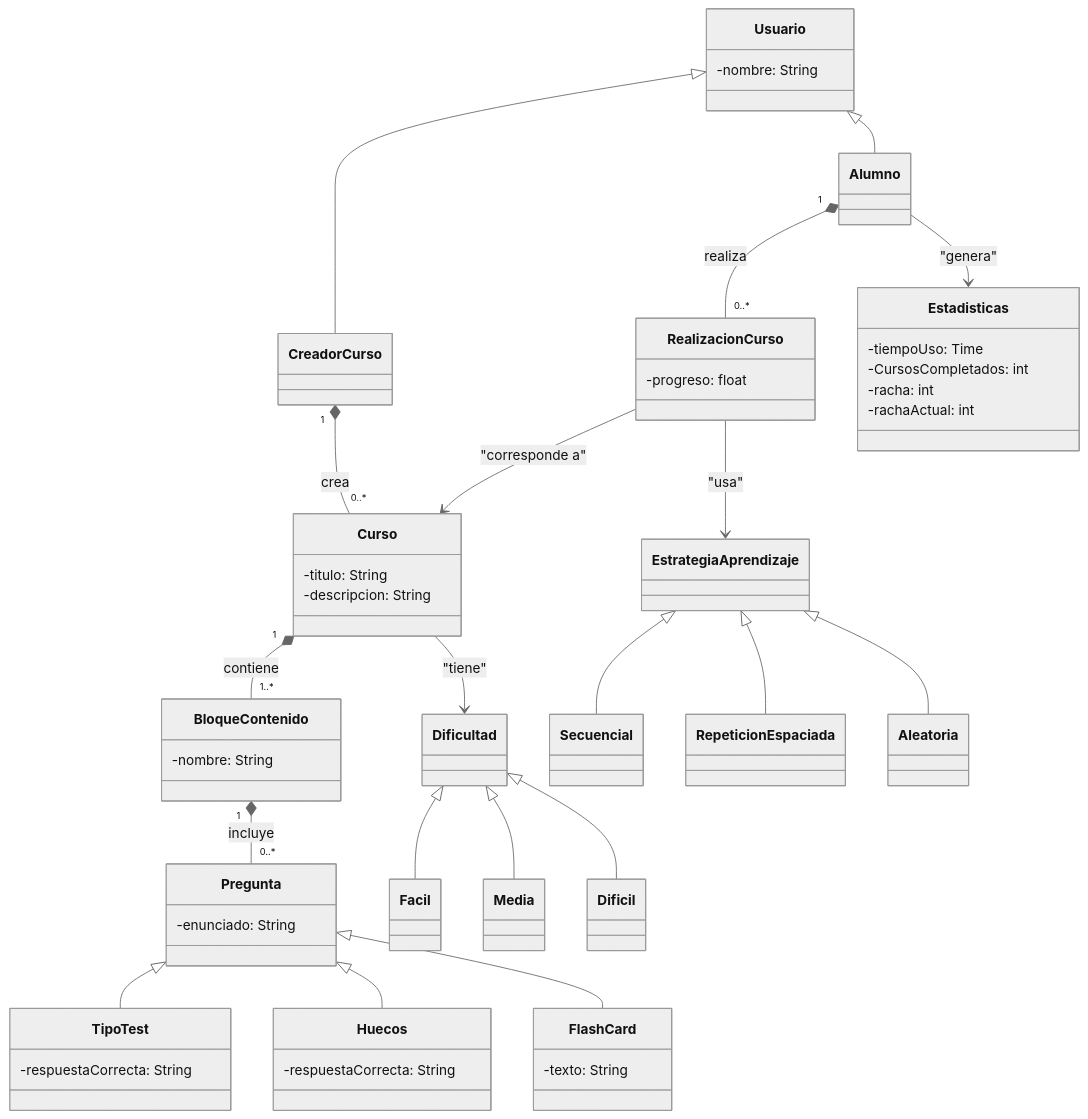
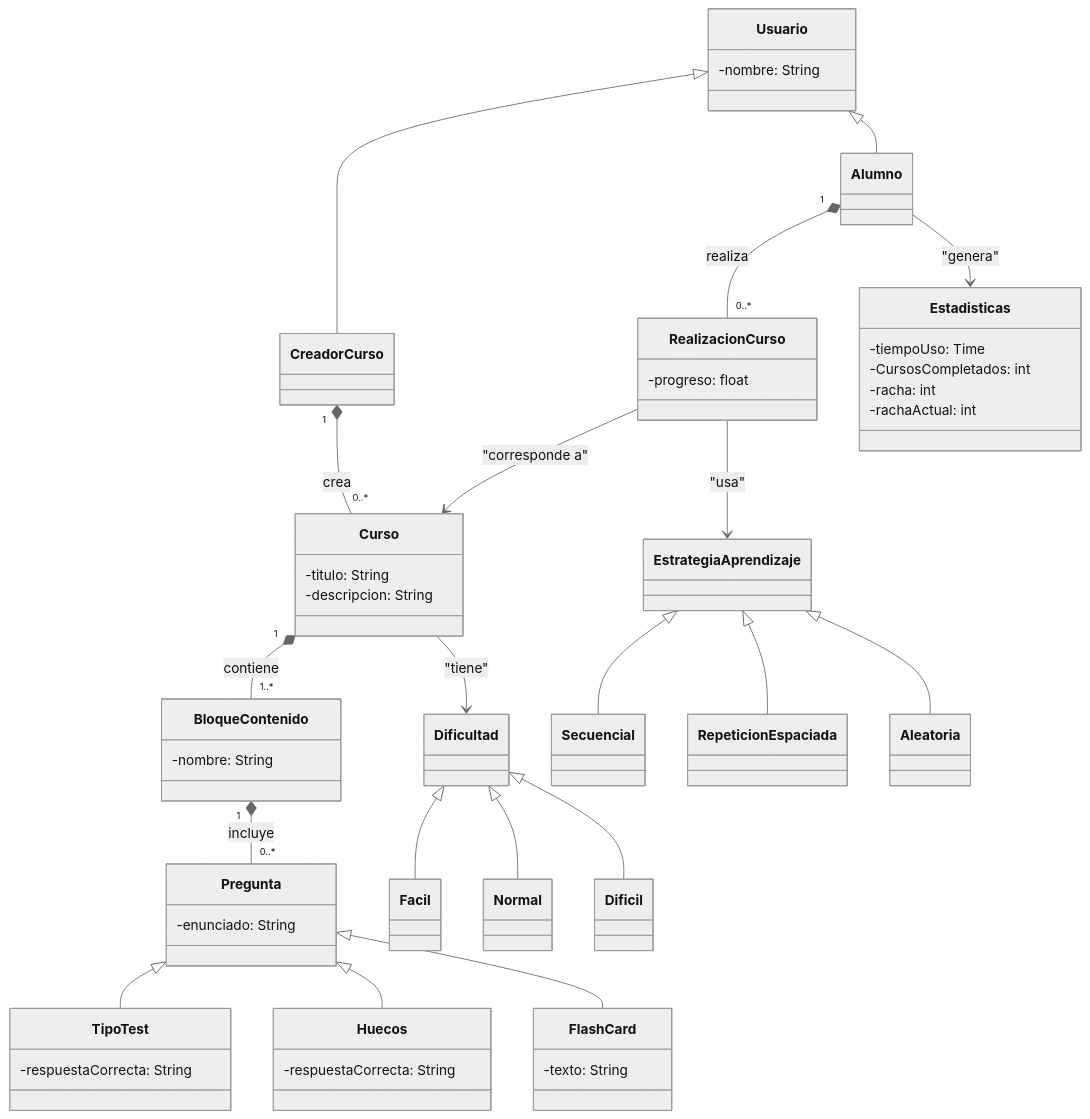
The diagram in diseño/modelo.md (gusgarzo/PDS-Proyecto), drawn with Mermaid (neutral theme) before and after one commit.

````diff
--- a/diseño/modelo.md
+++ b/diseño/modelo.md
@@ -1,82 +1,82 @@
 ```mermaid
 classDiagram
     %% --- Jerarquía de Usuario ---
     class Usuario {
         -nombre: String
     }
     Usuario <|-- Alumno
     Usuario <|-- CreadorCurso
 
     %% --- Clases de Curso y Bloques ---
     class Curso {
         -titulo: String
         -descripcion: String
     }
     class BloqueContenido {
         -nombre: String
     }
     class FlashCard {
         -texto: String
     }
     class TipoTest {
         -respuestaCorrecta: String
     }
     class Huecos {
         -respuestaCorrecta: String
     }
 
     %% --- Preguntas y Tipos ---
     class Pregunta {
         -enunciado: String
     }
     Pregunta <|-- TipoTest
     Pregunta <|-- Huecos
   
  
     Pregunta <|-- FlashCard
 
     %% --- Dificultad y Estrategia ---
     class Dificultad
     Dificultad <|-- Facil
-    Dificultad <|-- Media
+    Dificultad <|-- Normal
     Dificultad <|-- Dificil
 
     class EstrategiaAprendizaje
     EstrategiaAprendizaje <|-- Secuencial
     EstrategiaAprendizaje <|-- RepeticionEspaciada
     EstrategiaAprendizaje <|-- Aleatoria
 
     %% --- Realización y Estadísticas ---
     class RealizacionCurso {
         -progreso: float
     }
     class Estadisticas {
         -tiempoUso: Time
         -CursosCompletados: int
         -racha: int
         -rachaActual: int
         
     }
 
     %% --- Relaciones principales ---
 
     %% Roles
     CreadorCurso "1" *-- "0..*" Curso : crea
     Alumno "1" *-- "0..*" RealizacionCurso : realiza
 
     %% Curso y Bloques
     Curso "1" *-- "1..*" BloqueContenido : contiene
     BloqueContenido "1" *-- "0..*" Pregunta : incluye
 
     %% Realizacion y Curso
     RealizacionCurso --> Curso : "corresponde a"
     Alumno--> Estadisticas : "genera"
     RealizacionCurso --> EstrategiaAprendizaje : "usa"
 
     %% Curso y Dificultad
     Curso --> Dificultad : "tiene"
 
   
 
 
 ```
````
